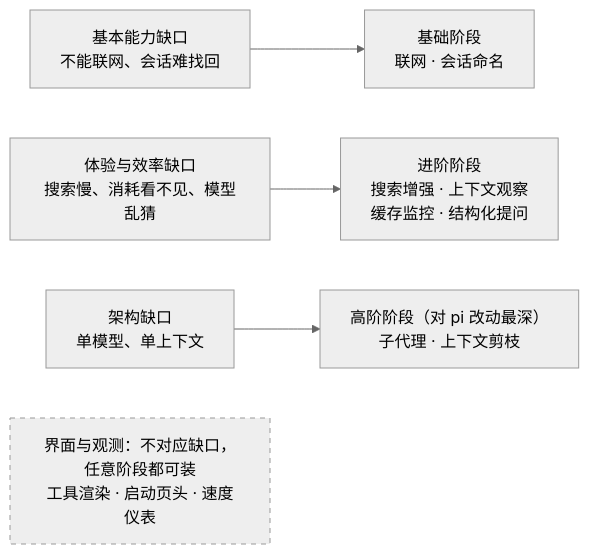
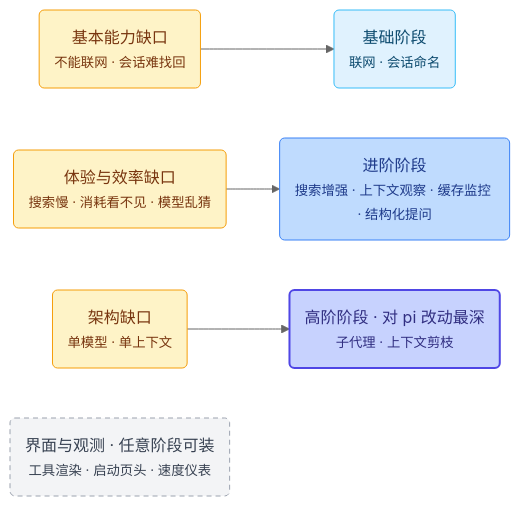
Before and after one commit to Jerry2003sky/pi-playbook: the second of 5 diagrams in drafts/mermaid-草图.md, drawn with Mermaid (neutral theme). The commit also changed other lines of this file, not shown here.

Commit message:
docs: 草图按角色上色、精简布局，补整体架构图

````diff
--- a/drafts/mermaid-草图.md
+++ b/drafts/mermaid-草图.md
@@ -27,10 +37,18 @@
 ```mermaid
 flowchart LR
-    G1["基本能力缺口<br/>不能联网、会话难找回"] --> S1["基础阶段<br/>联网 · 会话命名"]
-    G2["体验与效率缺口<br/>搜索慢、消耗看不见、模型乱猜"] --> S2["进阶阶段<br/>搜索增强 · 上下文观察<br/>缓存监控 · 结构化提问"]
-    G3["架构缺口<br/>单模型、单上下文"] --> S3["高阶阶段（对 pi 改动最深）<br/>子代理 · 上下文剪枝"]
-    UI["界面与观测：不对应缺口，任意阶段都可装<br/>工具渲染 · 启动页头 · 速度仪表"]
+    G1("基本能力缺口<br/><small>不能联网 · 会话难找回</small>") --> S1("基础阶段<br/><small>联网 · 会话命名</small>")
+    G2("体验与效率缺口<br/><small>搜索慢 · 消耗看不见 · 模型乱猜</small>") --> S2("进阶阶段<br/><small>搜索增强 · 上下文观察 · 缓存监控 · 结构化提问</small>")
+    G3("架构缺口<br/><small>单模型 · 单上下文</small>") --> S3("高阶阶段 · 对 pi 改动最深<br/><small>子代理 · 上下文剪枝</small>")
+    UI("界面与观测 · 任意阶段可装<br/><small>工具渲染 · 启动页头 · 速度仪表</small>")
 
-    classDef side stroke-dasharray: 5 5
+    classDef gap fill:#fef3c7,stroke:#f59e0b,color:#78350f
+    classDef s1 fill:#e0f2fe,stroke:#38bdf8,color:#0c4a6e
+    classDef s2 fill:#bfdbfe,stroke:#3b82f6,color:#1e3a8a
+    classDef s3 fill:#c7d2fe,stroke:#4f46e5,stroke-width:2px,color:#312e81
+    classDef side fill:#f3f4f6,stroke:#9ca3af,stroke-dasharray:5 4,color:#374151
+    class G1,G2,G3 gap
+    class S1 s1
+    class S2 s2
+    class S3 s3
     class UI side
 ```
````
